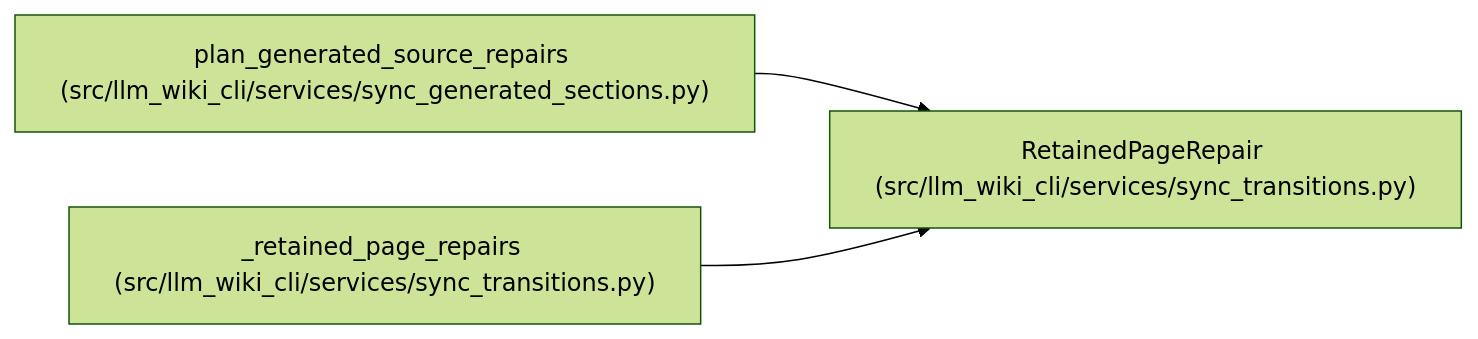
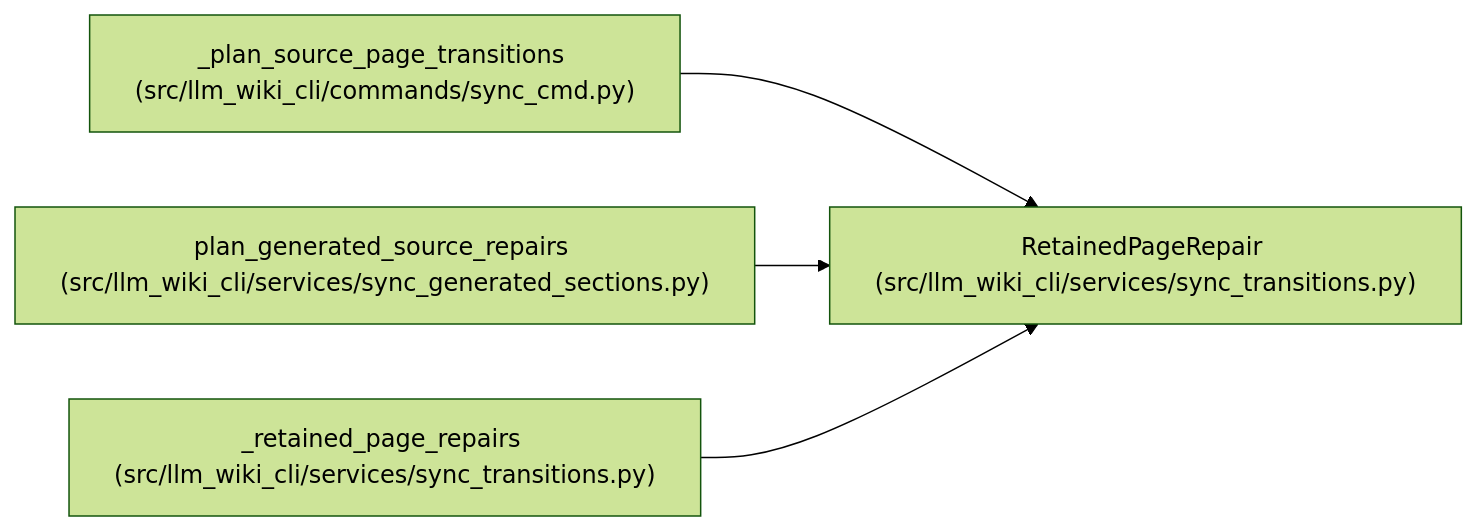
Before and after one commit to Denissvgn/python-wiki-llm: the diagram in docs/llm_wiki/entities/RetainedPageRepair.md, drawn with Mermaid (forest theme). The commit also changed other lines of this file and 473 other files, not shown here.

Commit message:
docs(wiki): document source member retirement and custody

````diff
--- a/docs/llm_wiki/entities/RetainedPageRepair.md
+++ b/docs/llm_wiki/entities/RetainedPageRepair.md
@@ -31,11 +31,14 @@
 ```mermaid
 flowchart LR
     n0["RetainedPageRepair (src/llm_wiki_cli/services/sync_transitions.py)"]
-    n1["plan_generated_source_repairs (src/llm_wiki_cli/services/sync_generated_sections.py)"]
-    n2["_retained_page_repairs (src/llm_wiki_cli/services/sync_transitions.py)"]
+    n1["_plan_source_page_transitions (src/llm_wiki_cli/commands/sync_cmd.py)"]
+    n2["plan_generated_source_repairs (src/llm_wiki_cli/services/sync_generated_sections.py)"]
+    n3["_retained_page_repairs (src/llm_wiki_cli/services/sync_transitions.py)"]
     n1 --> n0
     n2 --> n0
+    n3 --> n0
     click n0 "../modules/sync_transitions.md"
-    click n1 "../modules/sync_generated_sections.md"
-    click n2 "../modules/sync_transitions.md"
+    click n1 "../modules/sync_cmd.md"
+    click n2 "../modules/sync_generated_sections.md"
+    click n3 "../modules/sync_transitions.md"
 ```
````
